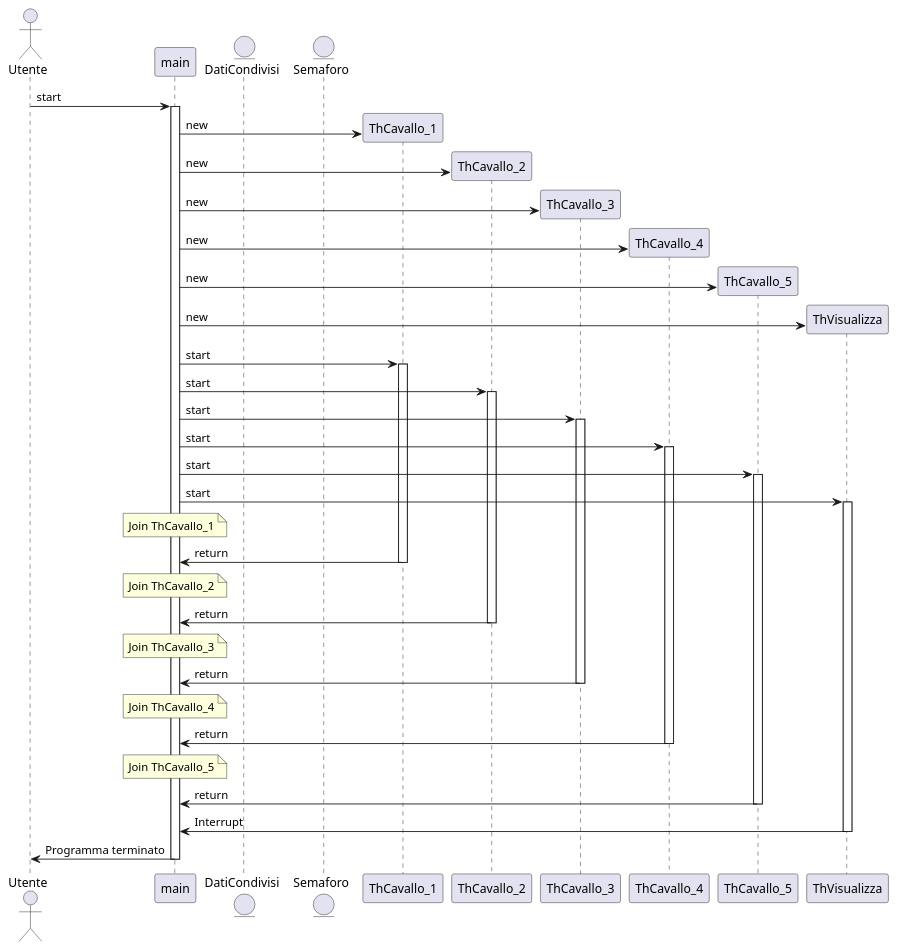
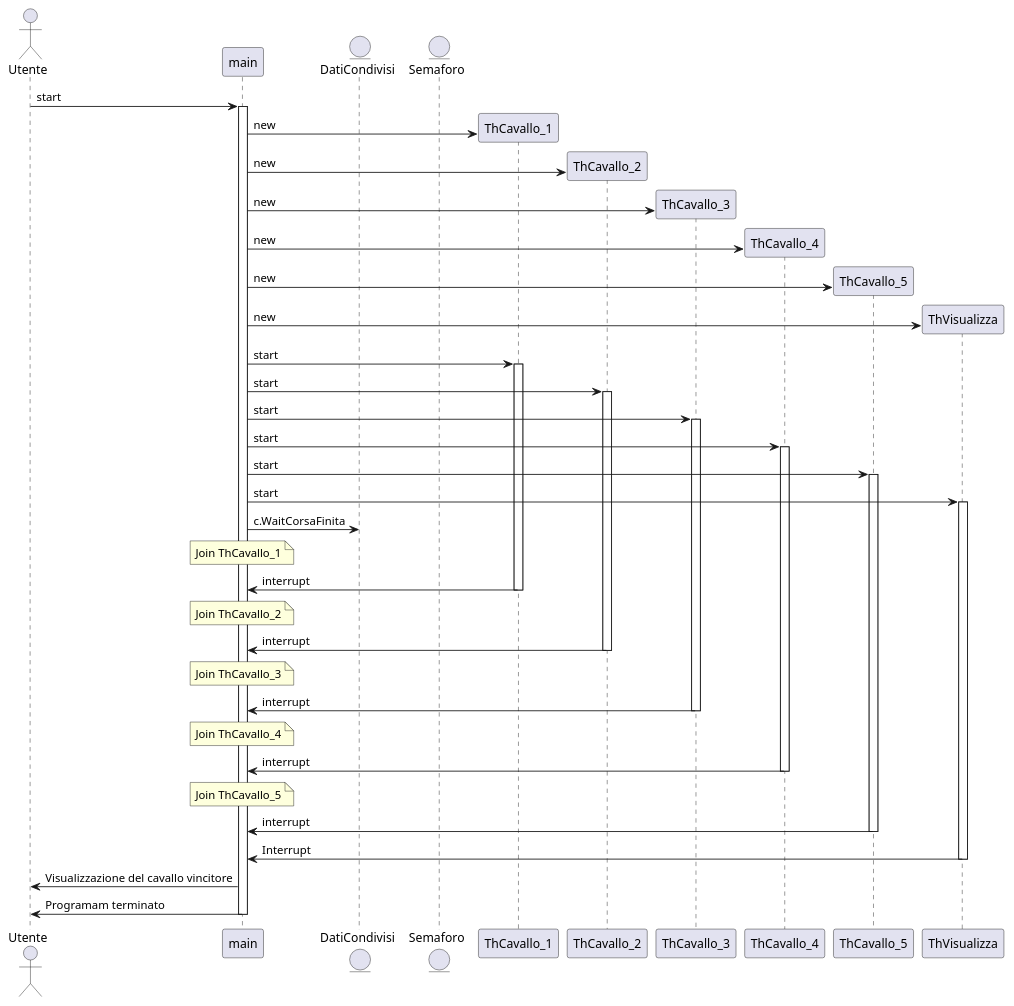
Before and after one commit to LucaTosetti01/ClopCavalli: the diagram in ClopCavalli/src/clopcavalli/ClopCavalli.puml, drawn with PlantUML. The commit also changed 4 other files, not shown here.

Commit message:
Versione V.2 con termine corsa dopo che un cavallo ha raggiunto 50 clop

```diff
--- a/ClopCavalli/src/clopcavalli/ClopCavalli.puml
+++ b/ClopCavalli/src/clopcavalli/ClopCavalli.puml
@@ -1,39 +1,43 @@
 @startuml
 actor Utente
 participant main
 entity DatiCondivisi
 entity Semaforo
 
 Utente -> main ++ : start
 
 main -> ThCavallo_1 ** : new
 main -> ThCavallo_2 ** : new
 main -> ThCavallo_3 ** : new
 main -> ThCavallo_4 ** : new
 main -> ThCavallo_5 ** : new
 main -> ThVisualizza ** : new
 
 main -> ThCavallo_1 ++ : start
 main -> ThCavallo_2 ++ : start
 main -> ThCavallo_3 ++ : start
 main -> ThCavallo_4 ++ : start
 main -> ThCavallo_5 ++ : start
 main -> ThVisualizza ++ : start
 
+main -> DatiCondivisi : c.WaitCorsaFinita
+
 Note over main : Join ThCavallo_1
-ThCavallo_1 -> main -- : return
+ThCavallo_1 -> main -- : interrupt
 Note over main : Join ThCavallo_2
-ThCavallo_2  -> main -- : return
+ThCavallo_2  -> main -- : interrupt
 Note over main : Join ThCavallo_3
-ThCavallo_3  -> main -- : return
+ThCavallo_3  -> main -- : interrupt
 Note over main : Join ThCavallo_4
-ThCavallo_4  -> main -- : return
+ThCavallo_4  -> main -- : interrupt
 Note over main : Join ThCavallo_5
-ThCavallo_5  -> main -- : return
+ThCavallo_5  -> main -- : interrupt
 
 ThVisualizza -> main -- : Interrupt
 
-main -> Utente -- : Programma terminato
+main -> Utente : Visualizzazione del cavallo vincitore
+
+main -> Utente -- : Programam terminato
 
 
 @enduml
```
